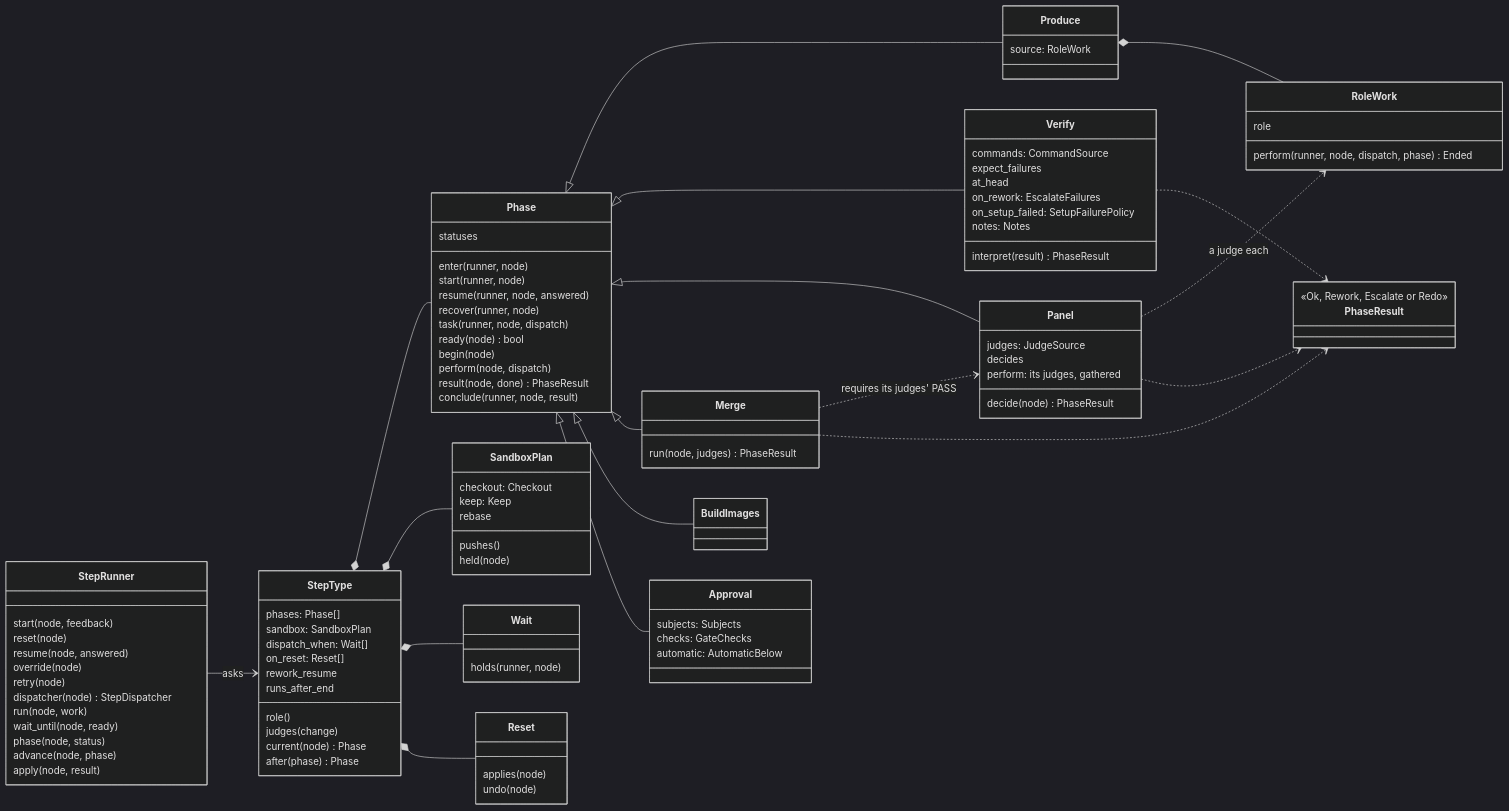
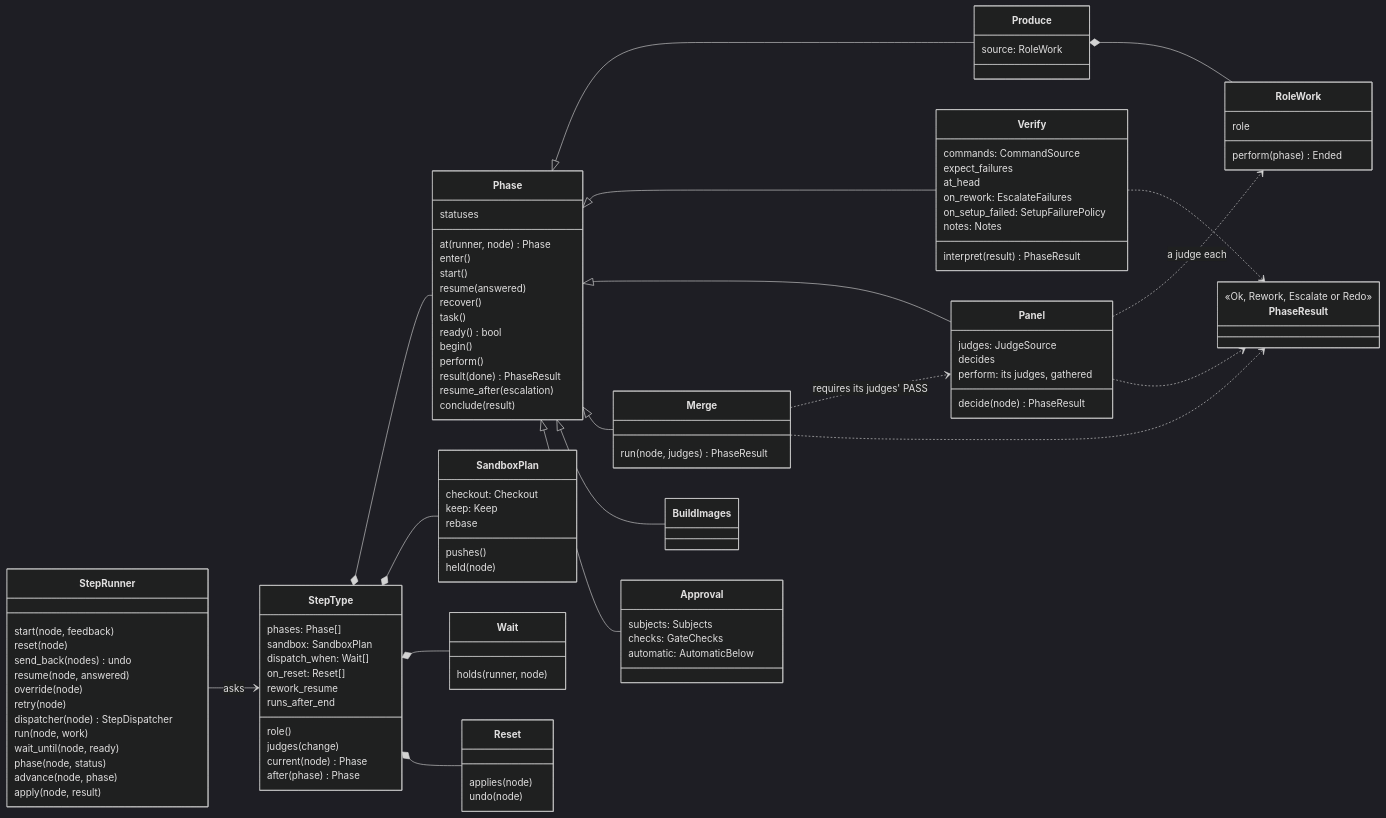
One commit to mr-miles/orchestrator changed the fourth of 6 diagrams in docs/architecture.md. Above: the diagram before and after it, drawn with Mermaid (dark theme). The commit also changed other lines of this file and 5 other files, not shown here.

First line of the commit message:
Phases are bound to their node; the step runner applies send-back resets

```diff
--- a/docs/architecture.md
+++ b/docs/architecture.md
@@ -323,6 +329,7 @@
     class StepRunner {
         start(node, feedback)
         reset(node)
+        send_back(nodes) undo
         resume(node, answered)
         override(node)
         retry(node)
@@ -335,23 +342,25 @@
     }
     class Phase {
         statuses
-        enter(runner, node)
-        start(runner, node)
-        resume(runner, node, answered)
-        recover(runner, node)
-        task(runner, node, dispatch)
-        ready(node) bool
-        begin(node)
-        perform(node, dispatch)
-        result(node, done) PhaseResult
-        conclude(runner, node, result)
+        at(runner, node) Phase
+        enter()
+        start()
+        resume(answered)
+        recover()
+        task()
+        ready() bool
+        begin()
+        perform()
+        result(done) PhaseResult
+        resume_after(escalation)
+        conclude(result)
     }
     class Produce {
         source: RoleWork
     }
     class RoleWork {
         role
-        perform(runner, node, dispatch, phase) Ended
+        perform(phase) Ended
     }
     class Verify {
         commands: CommandSource
```
